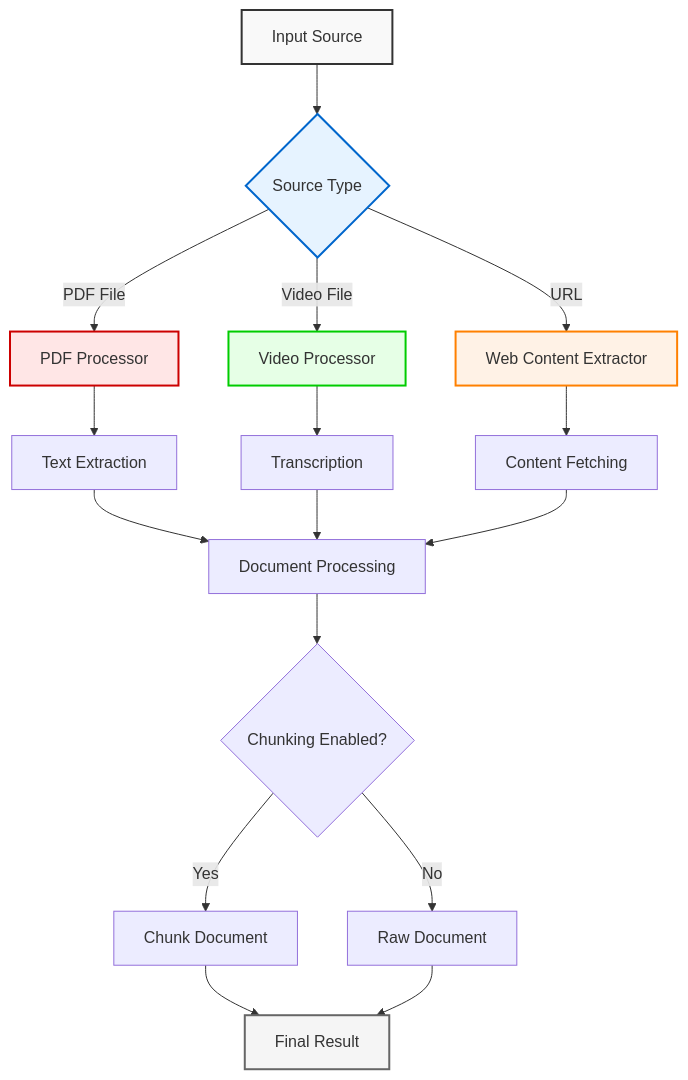
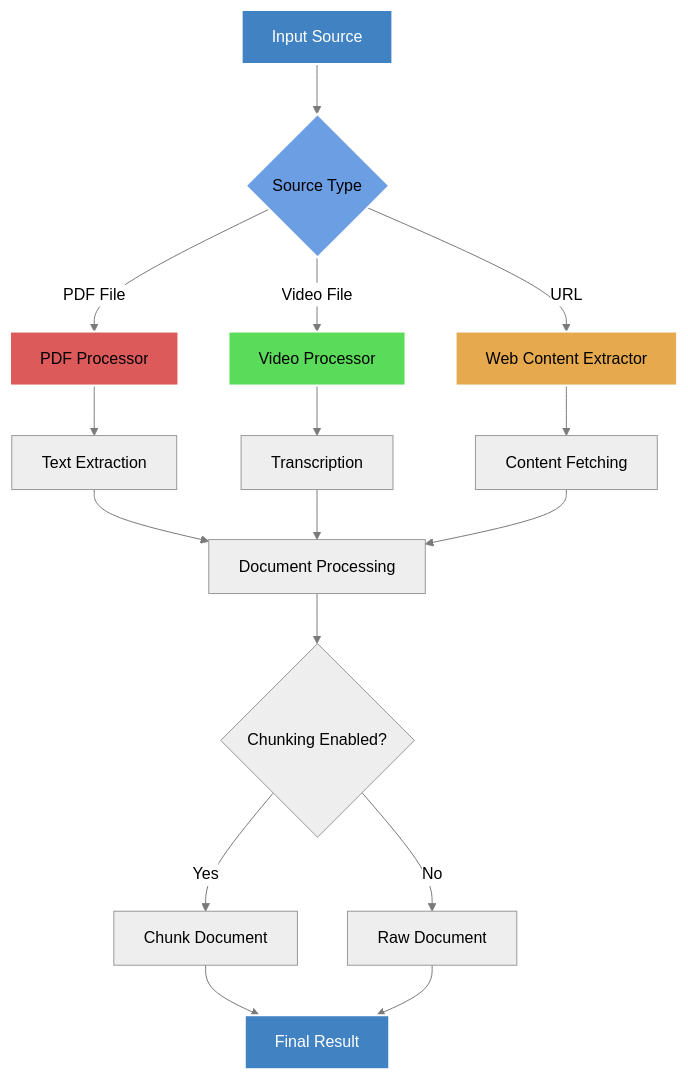
Before and after one commit to aurelio-labs/aurelio-sdk: the first of 2 diagrams in docs/user-guide/file-extraction.md, drawn with Mermaid. The commit also changed other lines of this file and 4 other files, not shown here.

Commit message:
fix: dark mode charts

````diff
--- a/docs/user-guide/file-extraction.md
+++ b/docs/user-guide/file-extraction.md
@@ -5,29 +5,30 @@
 ```mermaid
+%%{init: {'theme':'neutral', 'themeVariables': {'darkMode': true, 'primaryColor': '#4182c3', 'primaryTextColor': '#fff', 'primaryBorderColor': '#7a7a7a', 'lineColor': '#7a7a7a', 'secondaryColor': '#f5f5f5', 'tertiaryColor': '#333'}}}%%
 flowchart TB
     A[Input Source] --> B{Source Type}
     B -->|PDF File| C[PDF Processor]
     B -->|Video File| D[Video Processor]
     B -->|URL| E[Web Content Extractor]
     
     C --> F[Text Extraction]
     D --> G[Transcription]
     E --> H[Content Fetching]
     
     F --> I[Document Processing]
     G --> I
     H --> I
     
     I --> J{Chunking Enabled?}
     J -->|Yes| K[Chunk Document]
     J -->|No| L[Raw Document]
     
     K --> M[Final Result]
     L --> M
     
-    style A fill:#f9f9f9,stroke:#333,stroke-width:2px
-    style B fill:#e6f3ff,stroke:#0066cc,stroke-width:2px
-    style C fill:#ffe6e6,stroke:#cc0000,stroke-width:2px
-    style D fill:#e6ffe6,stroke:#00cc00,stroke-width:2px
-    style E fill:#fff2e6,stroke:#ff8000,stroke-width:2px
-    style M fill:#f5f5f5,stroke:#666,stroke-width:2px
+    style A fill:#4182c3,stroke:#ffffff,stroke-width:2px,color:#ffffff
+    style B fill:#6c9ee3,stroke:#ffffff,stroke-width:2px
+    style C fill:#dc5a5a,stroke:#ffffff,stroke-width:2px
+    style D fill:#5adc5a,stroke:#ffffff,stroke-width:2px
+    style E fill:#e6a94d,stroke:#ffffff,stroke-width:2px
+    style M fill:#4182c3,stroke:#ffffff,stroke-width:2px,color:#ffffff
 ```
````
